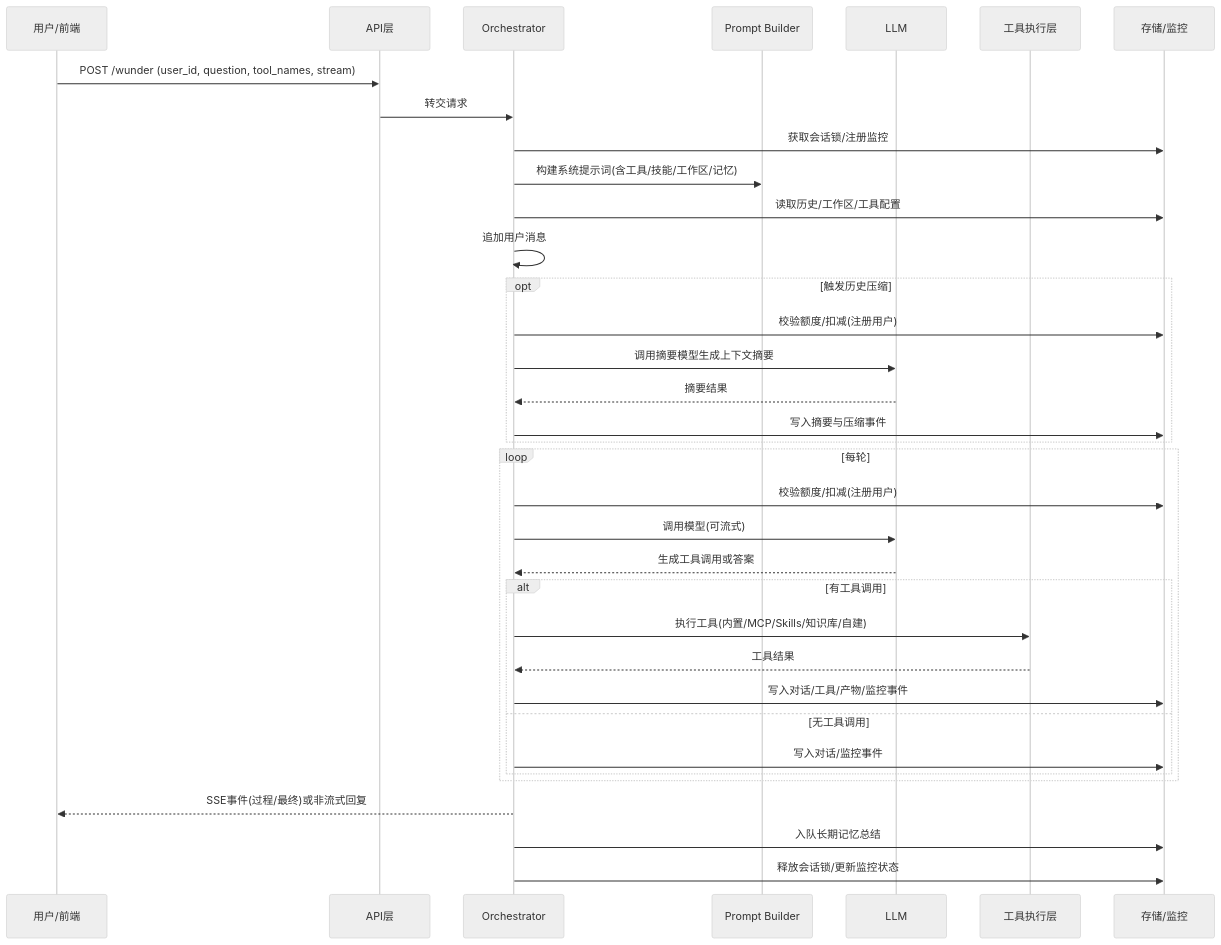
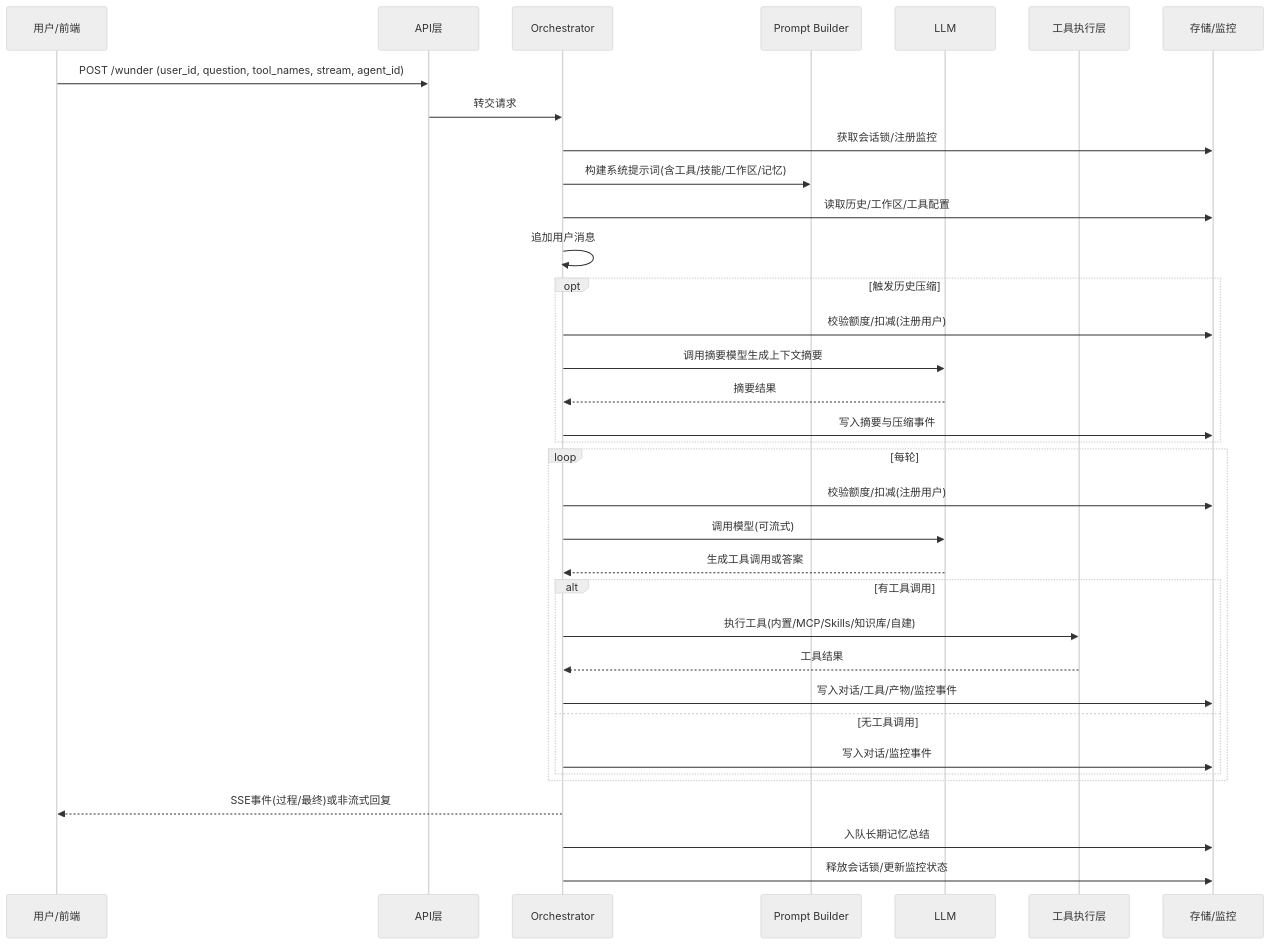
The second of 4 diagrams in docs/系统介绍.md (ylsdamxssjxxdd/wunder), drawn with Mermaid (neutral theme) before and after one commit. The commit also changed other lines of this file and 45 other files, not shown here.

````diff
--- a/docs/系统介绍.md
+++ b/docs/系统介绍.md
@@ -54,38 +55,38 @@
 ```mermaid
 sequenceDiagram
   participant U as 用户/前端
   participant API as API层
   participant O as Orchestrator
   participant P as Prompt Builder
   participant L as LLM
   participant T as 工具执行层
   participant S as 存储/监控
 
-  U->>API: POST /wunder (user_id, question, tool_names, stream)
+  U->>API: POST /wunder (user_id, question, tool_names, stream, agent_id)
   API->>O: 转交请求
   O->>S: 获取会话锁/注册监控
   O->>P: 构建系统提示词(含工具/技能/工作区/记忆)
   O->>S: 读取历史/工作区/工具配置
   O->>O: 追加用户消息
   opt 触发历史压缩
     O->>S: 校验额度/扣减(注册用户)
     O->>L: 调用摘要模型生成上下文摘要
     L-->>O: 摘要结果
     O->>S: 写入摘要与压缩事件
   end
   loop 每轮
     O->>S: 校验额度/扣减(注册用户)
     O->>L: 调用模型(可流式)
     L-->>O: 生成工具调用或答案
     alt 有工具调用
       O->>T: 执行工具(内置/MCP/Skills/知识库/自建)
       T-->>O: 工具结果
       O->>S: 写入对话/工具/产物/监控事件
     else 无工具调用
       O->>S: 写入对话/监控事件
     end
   end
   O-->>U: SSE事件(过程/最终)或非流式回复
   O->>S: 入队长期记忆总结
   O->>S: 释放会话锁/更新监控状态
 ```
````
